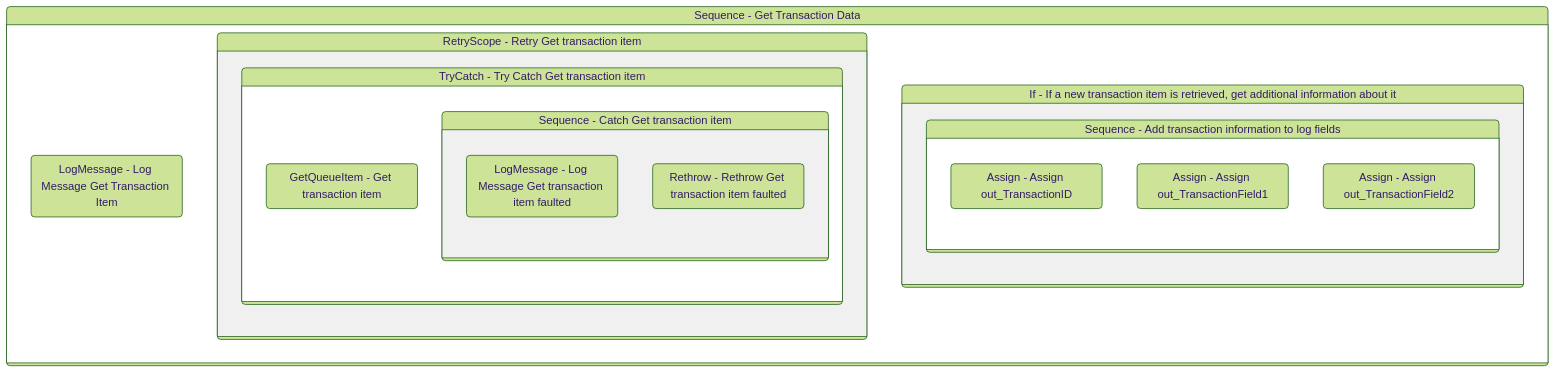
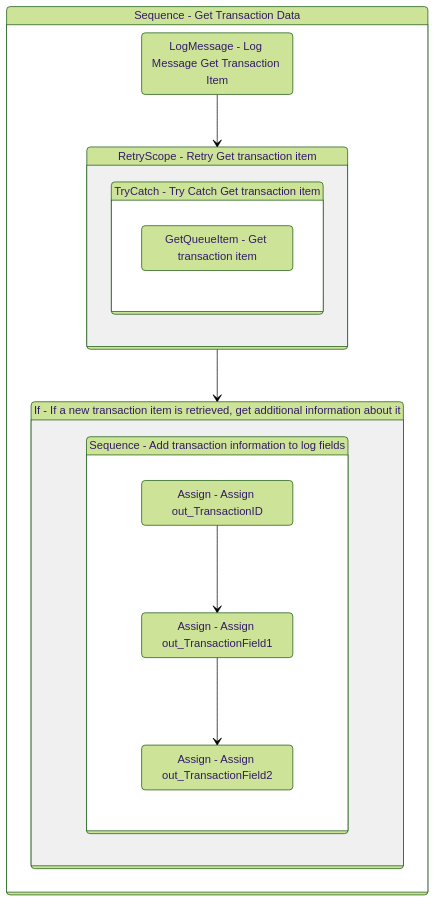
One commit to yashbrahmbhatt/LazyFramework changed the diagram in Documentation/.templates/Performers/REFramework/Framework/GetTransactionData.md. Above: the diagram before and after it, drawn with Mermaid (forest theme). The commit also changed 78 other files, not shown here.

Commit message:
added handling of ifs in autodocs mermaid

````diff
--- a/Documentation/.templates/Performers/REFramework/Framework/GetTransactionData.md
+++ b/Documentation/.templates/Performers/REFramework/Framework/GetTransactionData.md
@@ -109,41 +109,36 @@
 ```mermaid
 stateDiagram-v2
 
 
 Sequence_3: Sequence - Get Transaction Data
 state Sequence_3 {
 direction TB
 LogMessage_1 : LogMessage - Log Message Get Transaction Item
-
+LogMessage_1 --> RetryScope_1
 RetryScope_1: RetryScope - Retry Get transaction item
 state RetryScope_1 {
 direction TB
 
 TryCatch_1: TryCatch - Try Catch Get transaction item
 state TryCatch_1 {
 direction TB
 GetQueueItem_1 : GetQueueItem - Get transaction item
-
-Sequence_4: Sequence - Catch Get transaction item
-state Sequence_4 {
-direction TB
-LogMessage_2 : LogMessage - Log Message Get transaction item faulted
-Rethrow_1 : Rethrow - Rethrow Get transaction item faulted
 }
 }
-}
-
+RetryScope_1 --> If_1
 If_1: If - If a new transaction item is retrieved, get additional information about it
 state If_1 {
 direction TB
 
 Sequence_2: Sequence - Add transaction information to log fields
 state Sequence_2 {
 direction TB
 Assign_1 : Assign - Assign out_TransactionID
 Assign_2 : Assign - Assign out_TransactionField1
+Assign_1 --> Assign_2
 Assign_3 : Assign - Assign out_TransactionField2
+Assign_2 --> Assign_3
 }
 }
 }
 ```
````
